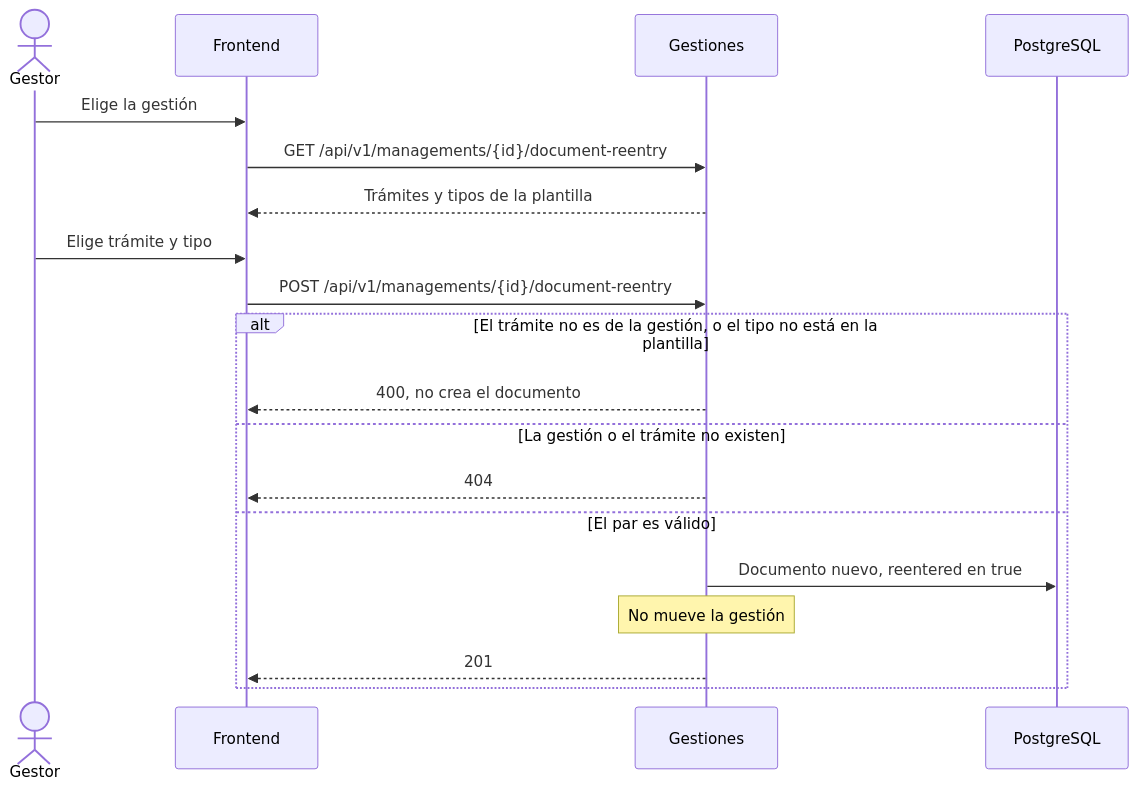
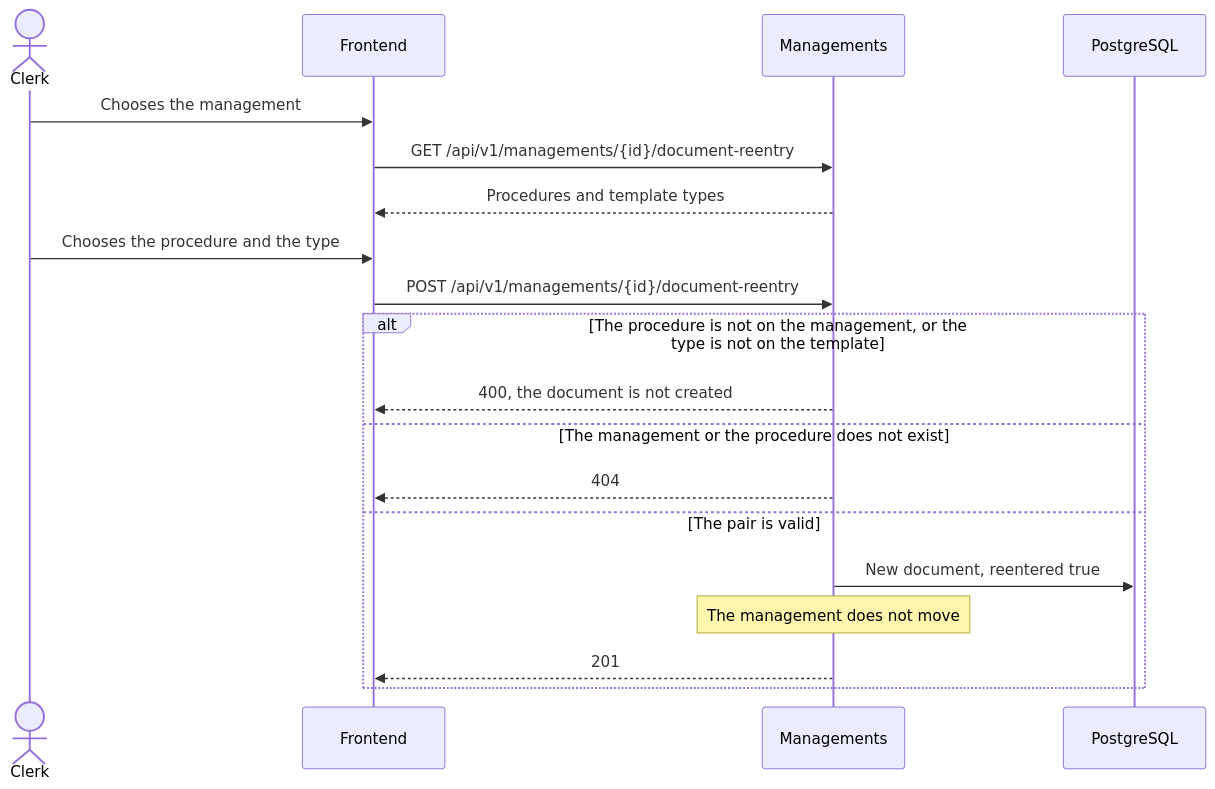
One commit to matiaspakua/notaire changed the ninth of 9 diagrams in docs/200-architecture/203-design/GESTION.md. Above: the diagram before and after it, drawn with Mermaid. The commit also changed other lines of this file and 165 other files, not shown here.

First line of the commit message:
[#1490] docs(architecture): write CU sequence steps in English (#1505)

````diff
--- a/docs/200-architecture/203-design/GESTION.md
+++ b/docs/200-architecture/203-design/GESTION.md
@@ -291,22 +292,22 @@
 ```mermaid
 sequenceDiagram
-  actor Gestor
+  actor Clerk
   participant FE as Frontend
-  participant API as Gestiones
+  participant API as Managements
   participant DB as PostgreSQL
 
-  Gestor->>FE: Elige la gestión
+  Clerk->>FE: Chooses the management
   FE->>API: GET /api/v1/managements/{id}/document-reentry
-  API-->>FE: Trámites y tipos de la plantilla
-  Gestor->>FE: Elige trámite y tipo
+  API-->>FE: Procedures and template types
+  Clerk->>FE: Chooses the procedure and the type
   FE->>API: POST /api/v1/managements/{id}/document-reentry
-  alt El trámite no es de la gestión, o el tipo no está en la plantilla
-    API-->>FE: 400, no crea el documento
-  else La gestión o el trámite no existen
+  alt The procedure is not on the management, or the type is not on the template
+    API-->>FE: 400, the document is not created
+  else The management or the procedure does not exist
     API-->>FE: 404
-  else El par es válido
-    API->>DB: Documento nuevo, reentered en true
-    Note over API: No mueve la gestión
+  else The pair is valid
+    API->>DB: New document, reentered true
+    Note over API: The management does not move
     API-->>FE: 201
   end
 ```
````
